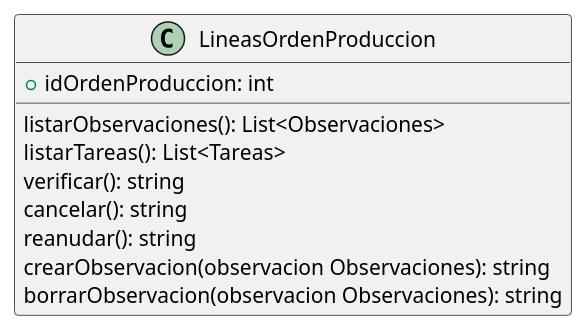
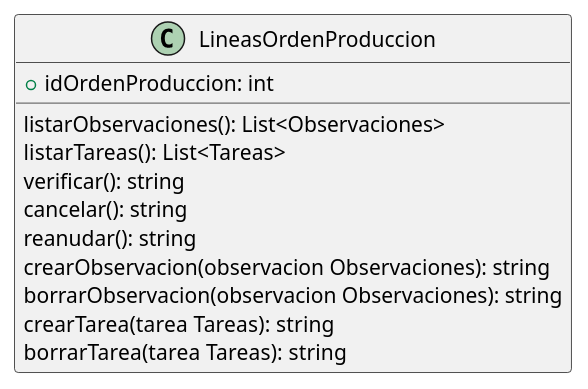
One commit to ZMGestion/DocumentacionZMGestion changed the diagram in DiagramaClases/Clases/LineasOrdenProduccion.puml. Above: the diagram before and after it, drawn with PlantUML. The commit also changed 4 other files, not shown here.

Commit message:
Metodos en Diagrama de estados

```diff
--- a/DiagramaClases/Clases/LineasOrdenProduccion.puml
+++ b/DiagramaClases/Clases/LineasOrdenProduccion.puml
@@ -1,13 +1,15 @@
 @startuml LineasOrdenProduccion
 class LineasOrdenProduccion{
     +idOrdenProduccion: int
 
     listarObservaciones(): List<Observaciones>
     listarTareas(): List<Tareas>
     verificar(): string
     cancelar(): string
     reanudar(): string
     crearObservacion(observacion Observaciones): string
     borrarObservacion(observacion Observaciones): string
+    crearTarea(tarea Tareas): string
+    borrarTarea(tarea Tareas): string
 }
 @enduml
```
